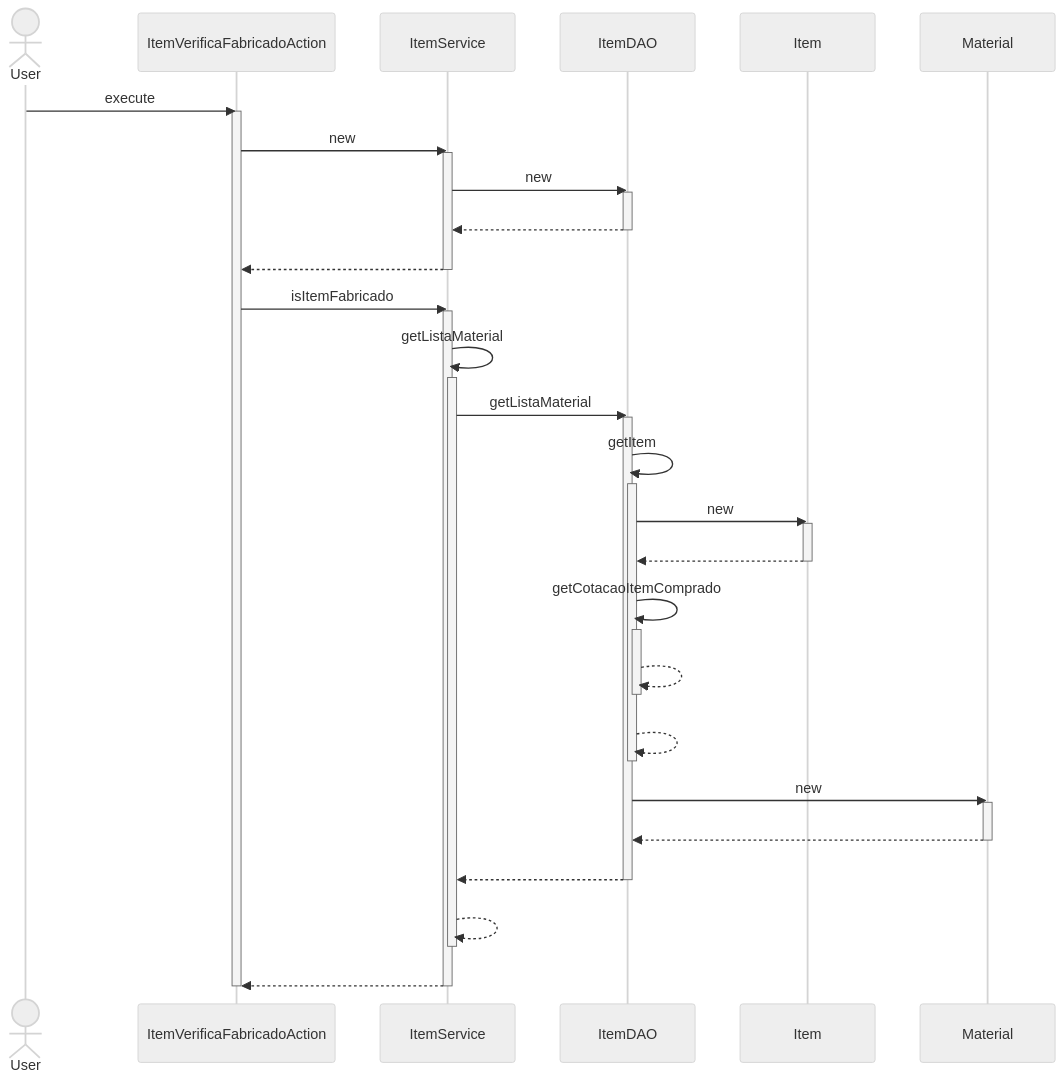
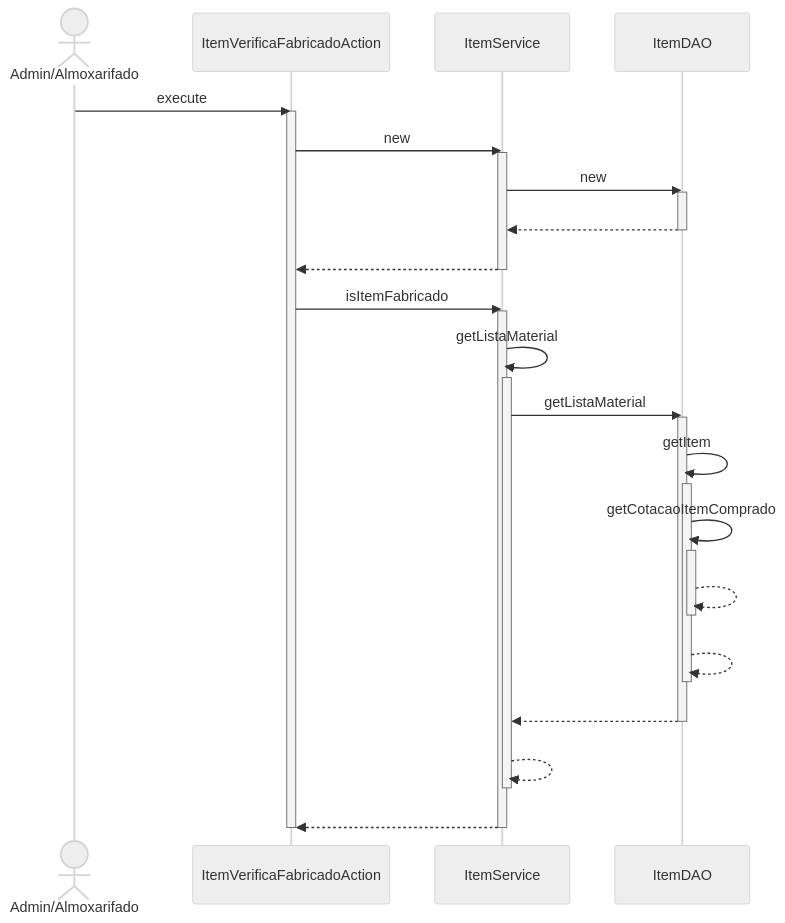
One commit to branqsMRP/SequenceDiagram changed the diagram in DiagramaSequencia/Novo Diagrama Sequencia/Item/ItemVerificaFabricadoAction_execute.mmd. Above: the diagram before and after it, drawn with Mermaid (neutral theme). The commit also changed 6 other files, not shown here.

```diff
--- a/DiagramaSequencia/Novo Diagrama Sequencia/Item/ItemVerificaFabricadoAction_execute.mmd
+++ b/DiagramaSequencia/Novo Diagrama Sequencia/Item/ItemVerificaFabricadoAction_execute.mmd
@@ -1,41 +1,33 @@
 sequenceDiagram
-actor User
-User ->> ItemVerificaFabricadoAction : execute
+actor AA as Admin/Almoxarifado
+AA ->> ItemVerificaFabricadoAction : execute
 activate ItemVerificaFabricadoAction
 ItemVerificaFabricadoAction ->> ItemService : new
 activate ItemService
 ItemService ->> ItemDAO : new
 activate ItemDAO
 ItemDAO -->> ItemService : #32; 
 deactivate ItemDAO
 ItemService -->> ItemVerificaFabricadoAction : #32; 
 deactivate ItemService
 ItemVerificaFabricadoAction ->> ItemService : isItemFabricado
 activate ItemService
 ItemService ->> ItemService : getListaMaterial
 activate ItemService
 ItemService ->> ItemDAO : getListaMaterial
 activate ItemDAO
 ItemDAO ->> ItemDAO : getItem
 activate ItemDAO
-ItemDAO ->> Item : new
-activate Item
-Item -->> ItemDAO : #32; 
-deactivate Item
 ItemDAO ->> ItemDAO : getCotacaoItemComprado
 activate ItemDAO
 ItemDAO -->> ItemDAO : #32; 
 deactivate ItemDAO
 ItemDAO -->> ItemDAO : #32; 
 deactivate ItemDAO
-ItemDAO ->> Material : new
-activate Material
-Material -->> ItemDAO : #32; 
-deactivate Material
 ItemDAO -->> ItemService : #32; 
 deactivate ItemDAO
 ItemService -->> ItemService : #32; 
 deactivate ItemService
 ItemService -->> ItemVerificaFabricadoAction : #32; 
 deactivate ItemService
 deactivate ItemVerificaFabricadoAction
```
